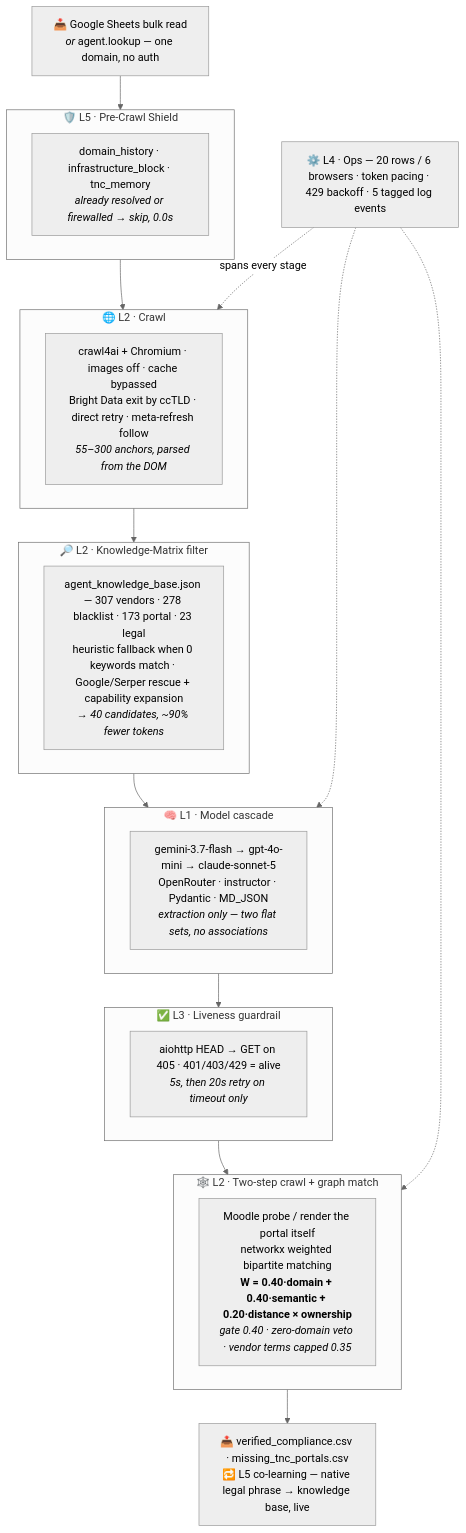
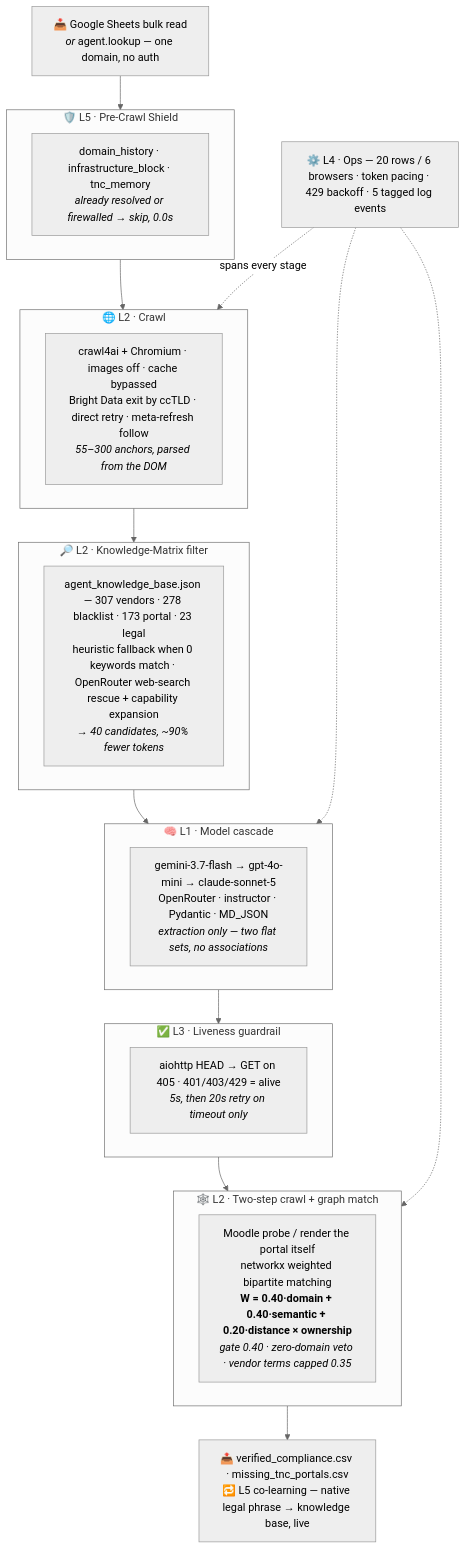
The diagram in README.md (reclaimprotocol/reclaim-portal-agent), drawn with Mermaid (neutral theme) before and after one commit. The commit also changed other lines of this file and 4 other files, not shown here.

Commit message:
feat: use OpenAI web search for V3 fallback

````diff
--- a/README.md
+++ b/README.md
@@ -171,41 +171,41 @@
 ```mermaid
 flowchart TD
     IN["📥 Google Sheets bulk read<br/><i>or</i> agent.lookup — one domain, no auth"]
 
     IN --> L5A
     subgraph L5A["🛡️ L5 · Pre-Crawl Shield"]
       SH["domain_history · infrastructure_block · tnc_memory<br/><i>already resolved or firewalled → skip, 0.0s</i>"]
     end
 
     L5A --> L2A
     subgraph L2A["🌐 L2 · Crawl"]
       CR["crawl4ai + Chromium · images off · cache bypassed<br/>Bright Data exit by ccTLD · direct retry · meta-refresh follow<br/><i>55–300 anchors, parsed from the DOM</i>"]
     end
 
     L2A --> L2B
     subgraph L2B["🔎 L2 · Knowledge-Matrix filter"]
-      FI["agent_knowledge_base.json — 307 vendors · 278 blacklist · 173 portal · 23 legal<br/>heuristic fallback when 0 keywords match · Google/Serper rescue + capability expansion<br/><i>→ 40 candidates, ~90% fewer tokens</i>"]
+      FI["agent_knowledge_base.json — 307 vendors · 278 blacklist · 173 portal · 23 legal<br/>heuristic fallback when 0 keywords match · OpenRouter web-search rescue + capability expansion<br/><i>→ 40 candidates, ~90% fewer tokens</i>"]
     end
 
     L2B --> L1
     subgraph L1["🧠 L1 · Model cascade"]
       MO["gemini-3.7-flash → gpt-4o-mini → claude-sonnet-5<br/>OpenRouter · instructor · Pydantic · MD_JSON<br/><i>extraction only — two flat sets, no associations</i>"]
     end
 
     L1 --> L3
     subgraph L3["✅ L3 · Liveness guardrail"]
       GU["aiohttp HEAD → GET on 405 · 401/403/429 = alive<br/><i>5s, then 20s retry on timeout only</i>"]
     end
 
     L3 --> L2C
     subgraph L2C["🕸️ L2 · Two-step crawl + graph match"]
       GM["Moodle probe / render the portal itself<br/>networkx weighted bipartite matching<br/><b>W = 0.40·domain + 0.40·semantic + 0.20·distance × ownership</b><br/><i>gate 0.40 · zero-domain veto · vendor terms capped 0.35</i>"]
     end
 
     L2C --> OUT["📤 verified_compliance.csv · missing_tnc_portals.csv<br/>🔁 L5 co-learning — native legal phrase → knowledge base, live"]
 
     L4["⚙️ L4 · Ops — 20 rows / 6 browsers · token pacing · 429 backoff · 5 tagged log events"]
     L4 -.spans every stage.-> L2A
     L4 -.-> L1
     L4 -.-> L2C
 ```
````
